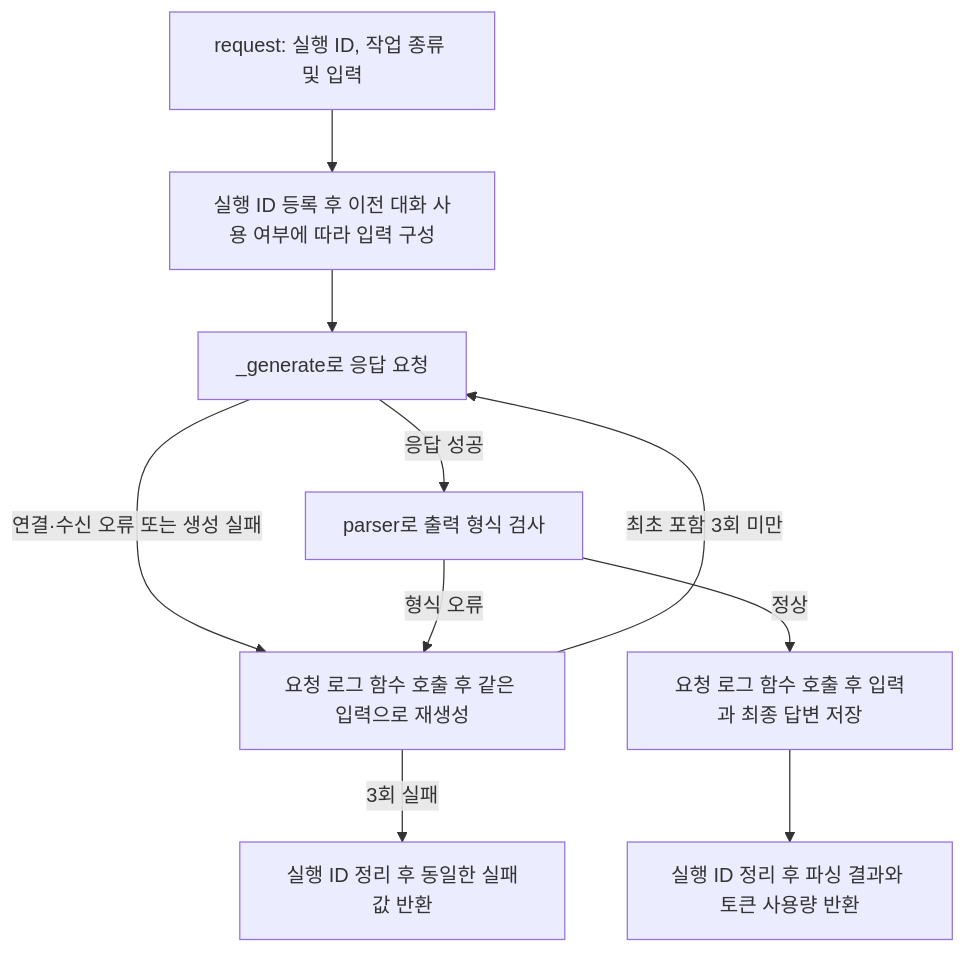
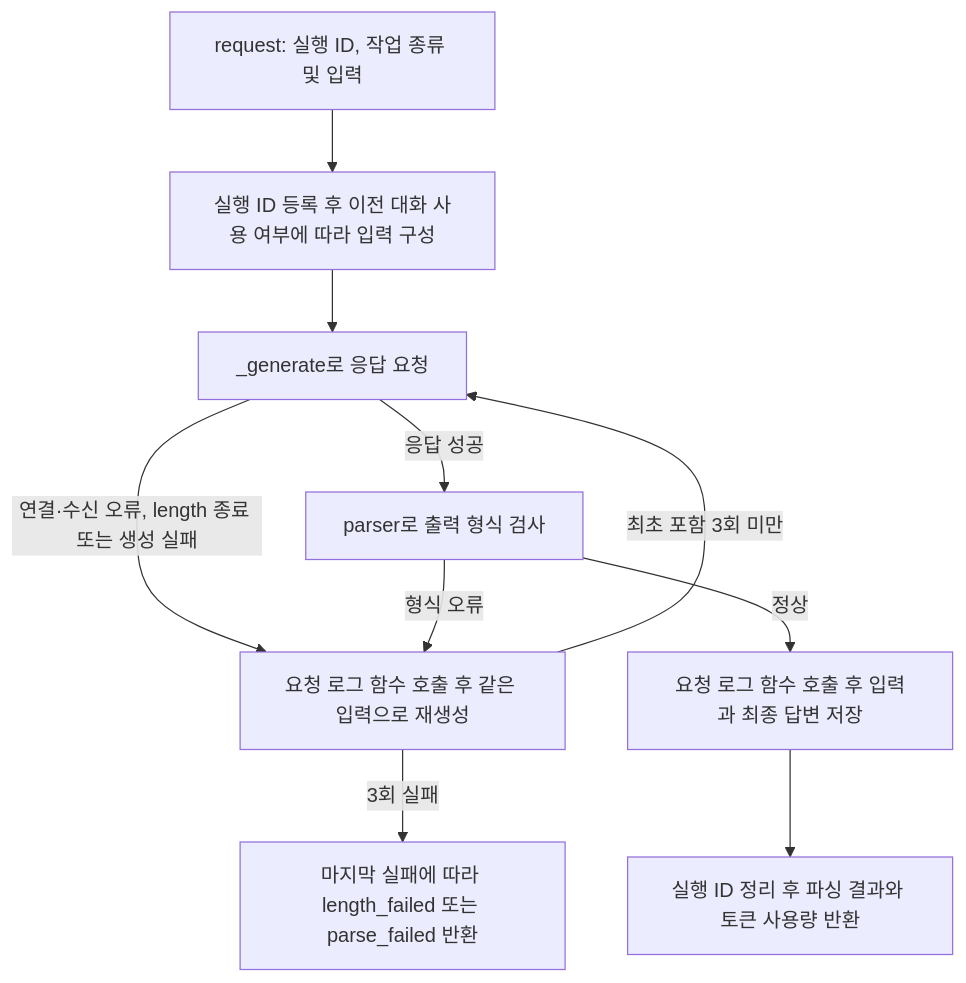
Before and after one commit to Inha-zero-two/private-llm-pipeline: the diagram in docs/local-llm-runner.md, drawn with Mermaid. The commit also changed other lines of this file and 10 other files, not shown here.

````diff
--- a/docs/local-llm-runner.md
+++ b/docs/local-llm-runner.md
@@ -9,12 +9,12 @@
 ```mermaid
 flowchart TD
     A["request: 실행 ID, 작업 종류 및 입력"] --> B["실행 ID 등록 후 이전 대화 사용 여부에 따라 입력 구성"]
     B --> C["_generate로 응답 요청"]
     C -->|응답 성공| D["parser로 출력 형식 검사"]
-    C -->|연결·수신 오류 또는 생성 실패| E
+    C -->|연결·수신 오류, length 종료 또는 생성 실패| E
     D -->|형식 오류| E["요청 로그 함수 호출 후 같은 입력으로 재생성"]
     E -->|최초 포함 3회 미만| C
-    E -->|3회 실패| F["실행 ID 정리 후 동일한 실패값 반환"]
+    E -->|3회 실패| F["마지막 실패에 따라 length_failed 또는 parse_failed 반환"]
     D -->|정상| G["요청 로그 함수 호출 후 입력과 최종 답변 저장"]
     G --> H["실행 ID 정리 후 파싱 결과와 토큰 사용량 반환"]
 ```
````
